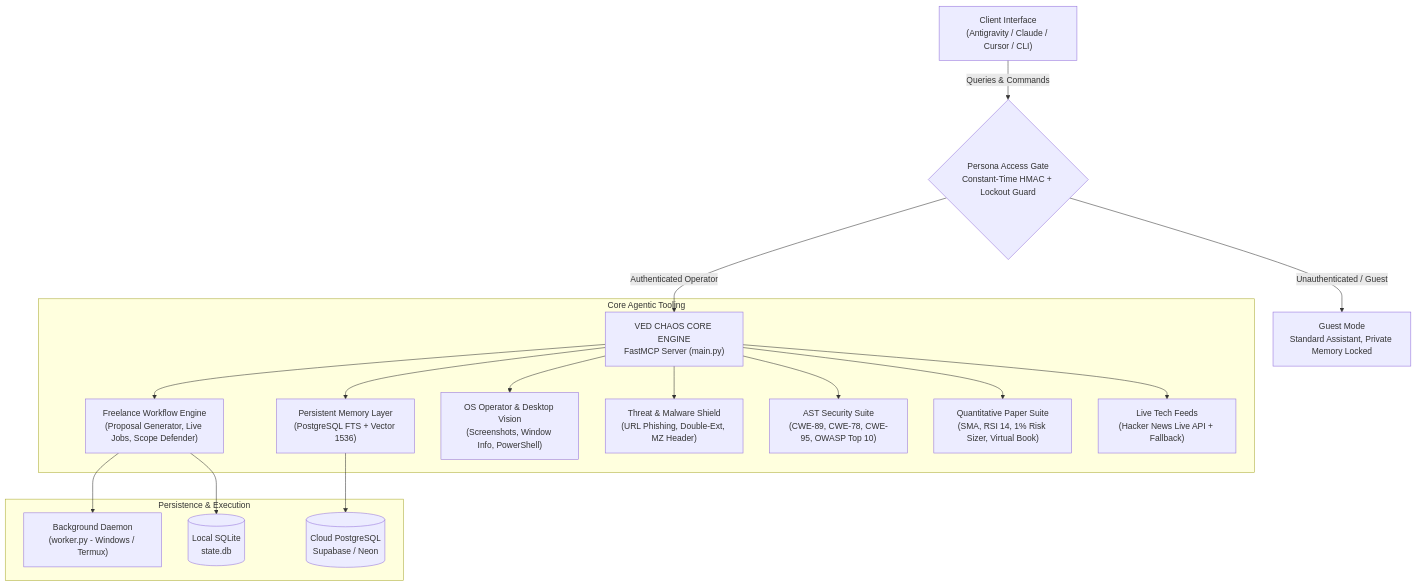
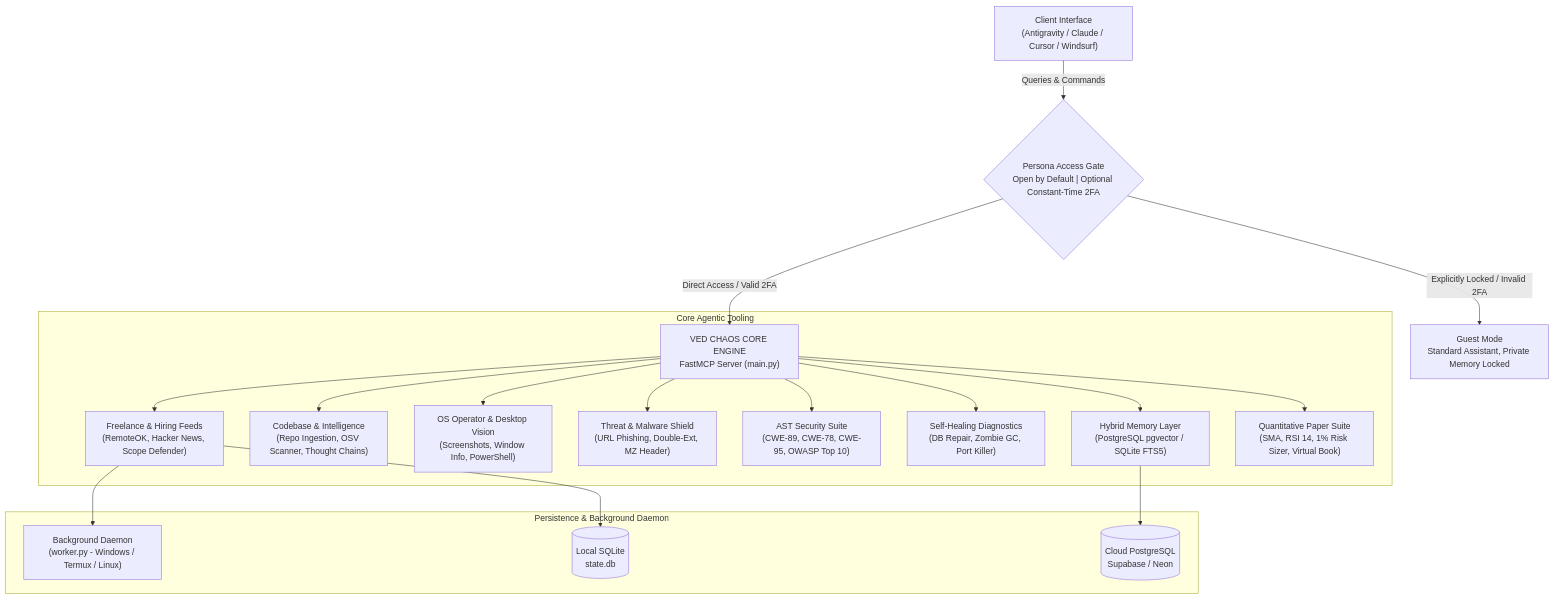
One commit to vedchaos/ved-chaos-ai changed the diagram in README.md. Above: the diagram before and after it, drawn with Mermaid. The commit also changed other lines of this file and 1 other file, not shown here.

Commit message:
docs: overhaul README and About for v0.4.0, zero-password access & codebase suite

````diff
--- a/README.md
+++ b/README.md
@@ -49,26 +56,27 @@
 ```mermaid
 graph TD
-    User["Client Interface<br/>(Antigravity / Claude / Cursor / CLI)"]
-    Gate{"Persona Access Gate<br/>Constant-Time HMAC + Lockout Guard"}
+    User["Client Interface<br/>(Antigravity / Claude / Cursor / Windsurf)"]
+    Gate{"Persona Access Gate<br/>Open by Default | Optional Constant-Time 2FA"}
     
     User -->|Queries & Commands| Gate
     
-    Gate -->|Unauthenticated / Guest| GuestMode["Guest Mode<br/>Standard Assistant, Private Memory Locked"]
-    Gate -->|Authenticated Operator| CoreEngine["VED CHAOS CORE ENGINE<br/>FastMCP Server (main.py)"]
+    Gate -->|Direct Access / Valid 2FA| CoreEngine["VED CHAOS CORE ENGINE<br/>FastMCP Server (main.py)"]
+    Gate -->|Explicitly Locked / Invalid 2FA| GuestMode["Guest Mode<br/>Standard Assistant, Private Memory Locked"]
     
     subgraph "Core Agentic Tooling"
-        CoreEngine --> Memory["Persistent Memory Layer<br/>(PostgreSQL FTS + Vector 1536)"]
-        CoreEngine --> Freelance["Freelance Workflow Engine<br/>(Proposal Generator, Live Jobs, Scope Defender)"]
+        CoreEngine --> Memory["Hybrid Memory Layer<br/>(PostgreSQL pgvector / SQLite FTS5)"]
+        CoreEngine --> Codebase["Codebase & Intelligence<br/>(Repo Ingestion, OSV Scanner, Thought Chains)"]
         CoreEngine --> OSOperator["OS Operator & Desktop Vision<br/>(Screenshots, Window Info, PowerShell)"]
         CoreEngine --> ThreatGuard["Threat & Malware Shield<br/>(URL Phishing, Double-Ext, MZ Header)"]
         CoreEngine --> Security["AST Security Suite<br/>(CWE-89, CWE-78, CWE-95, OWASP Top 10)"]
+        CoreEngine --> Healing["Self-Healing Diagnostics<br/>(DB Repair, Zombie GC, Port Killer)"]
+        CoreEngine --> Freelance["Freelance & Hiring Feeds<br/>(RemoteOK, Hacker News, Scope Defender)"]
         CoreEngine --> Trading["Quantitative Paper Suite<br/>(SMA, RSI 14, 1% Risk Sizer, Virtual Book)"]
-        CoreEngine --> Intel["Live Tech Feeds<br/>(Hacker News Live API + Fallback)"]
     end
 
-    subgraph "Persistence & Execution"
-        Freelance --> Worker["Background Daemon<br/>(worker.py - Windows / Termux)"]
+    subgraph "Persistence & Background Daemon"
+        Freelance --> Worker["Background Daemon<br/>(worker.py - Windows / Termux / Linux)"]
         Freelance --> LocalDB[(Local SQLite<br/>state.db)]
         Memory --> CloudDB[(Cloud PostgreSQL<br/>Supabase / Neon)]
     end
 ```
````
